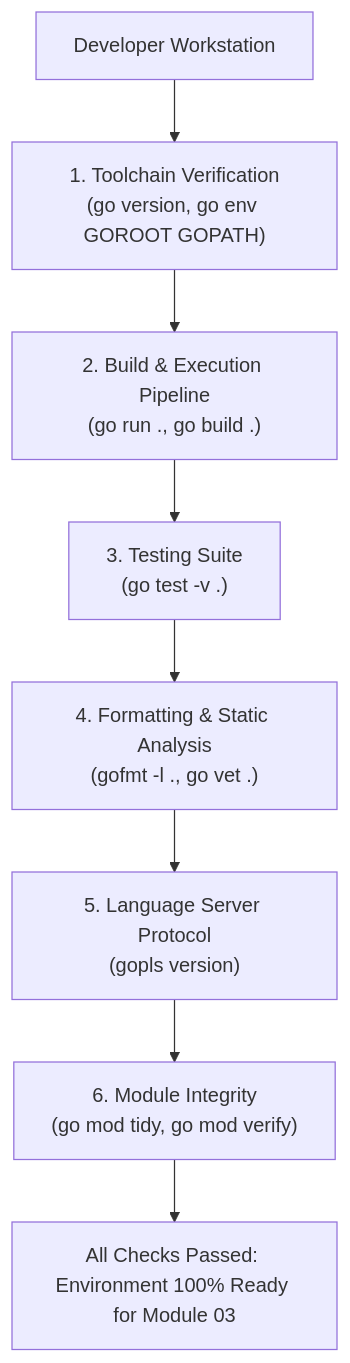
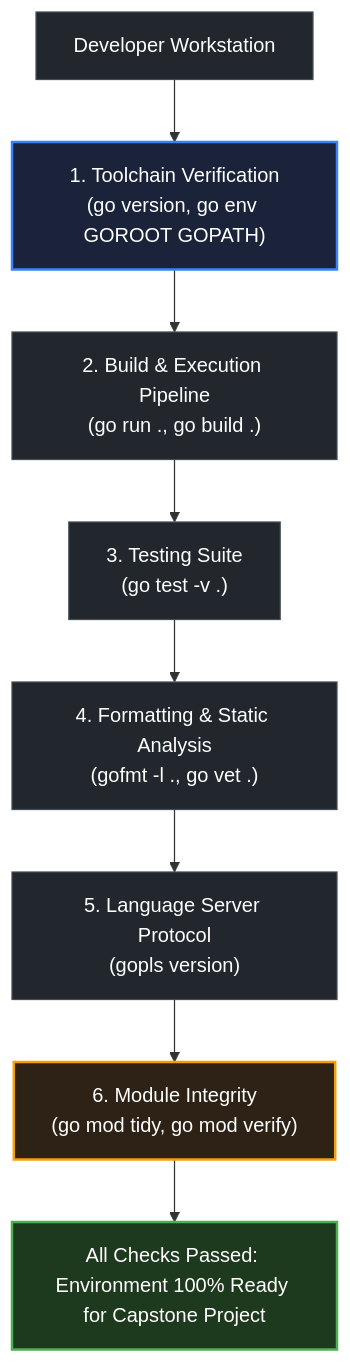
One commit to swe-labs/the-go-engineer changed the diagram in curriculum/modules/02-go-setup-tooling/lessons/14-tooling-checklist/README.md. Above: the diagram before and after it, drawn with Mermaid. The commit also changed other lines of this file and 19 other files, not shown here.

````diff
--- a/curriculum/modules/02-go-setup-tooling/lessons/14-tooling-checklist/README.md
+++ b/curriculum/modules/02-go-setup-tooling/lessons/14-tooling-checklist/README.md
@@ -17,10 +20,15 @@
 ```mermaid
 flowchart TD
-    DEV["Developer Workstation"] --> V1["1. Toolchain Verification\n(go version, go env GOROOT GOPATH)"]
-    V1 --> V2["2. Build & Execution Pipeline\n(go run ., go build .)"]
-    V2 --> V3["3. Testing Suite\n(go test -v .)"]
-    V3 --> V4["4. Formatting & Static Analysis\n(gofmt -l ., go vet .)"]
-    V4 --> V5["5. Language Server Protocol\n(gopls version)"]
-    V5 --> V6["6. Module Integrity\n(go mod tidy, go mod verify)"]
-    V6 --> READY["All Checks Passed: Environment 100% Ready for Module 03"]
+    classDef frontDoor fill:#1a233a,stroke:#3b82f6,stroke-width:2px,color:#ffffff;
+    classDef exitGate fill:#1e3a1e,stroke:#4caf50,stroke-width:2px,color:#ffffff;
+    classDef standardNode fill:#22272e,stroke:#444c56,stroke-width:1px,color:#ffffff;
+    classDef capstoneNode fill:#2d2215,stroke:#f59e0b,stroke-width:2px,color:#ffffff;
+
+    DEV["Developer Workstation"]:::standardNode --> V1["1. Toolchain Verification\n(go version, go env GOROOT GOPATH)"]:::frontDoor
+    V1 --> V2["2. Build & Execution Pipeline\n(go run ., go build .)"]:::standardNode
+    V2 --> V3["3. Testing Suite\n(go test -v .)"]:::standardNode
+    V3 --> V4["4. Formatting & Static Analysis\n(gofmt -l ., go vet .)"]:::standardNode
+    V4 --> V5["5. Language Server Protocol\n(gopls version)"]:::standardNode
+    V5 --> V6["6. Module Integrity\n(go mod tidy, go mod verify)"]:::capstoneNode
+    V6 --> READY["All Checks Passed: Environment 100% Ready for Capstone Project"]:::exitGate
 ```
````
